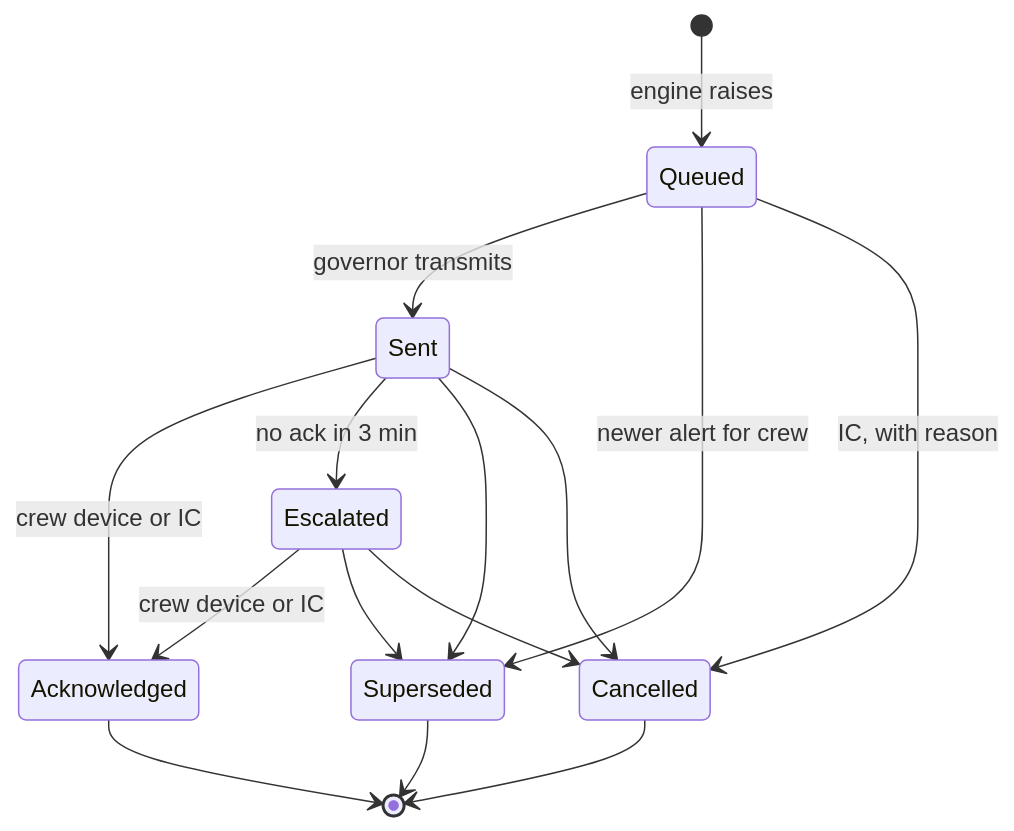
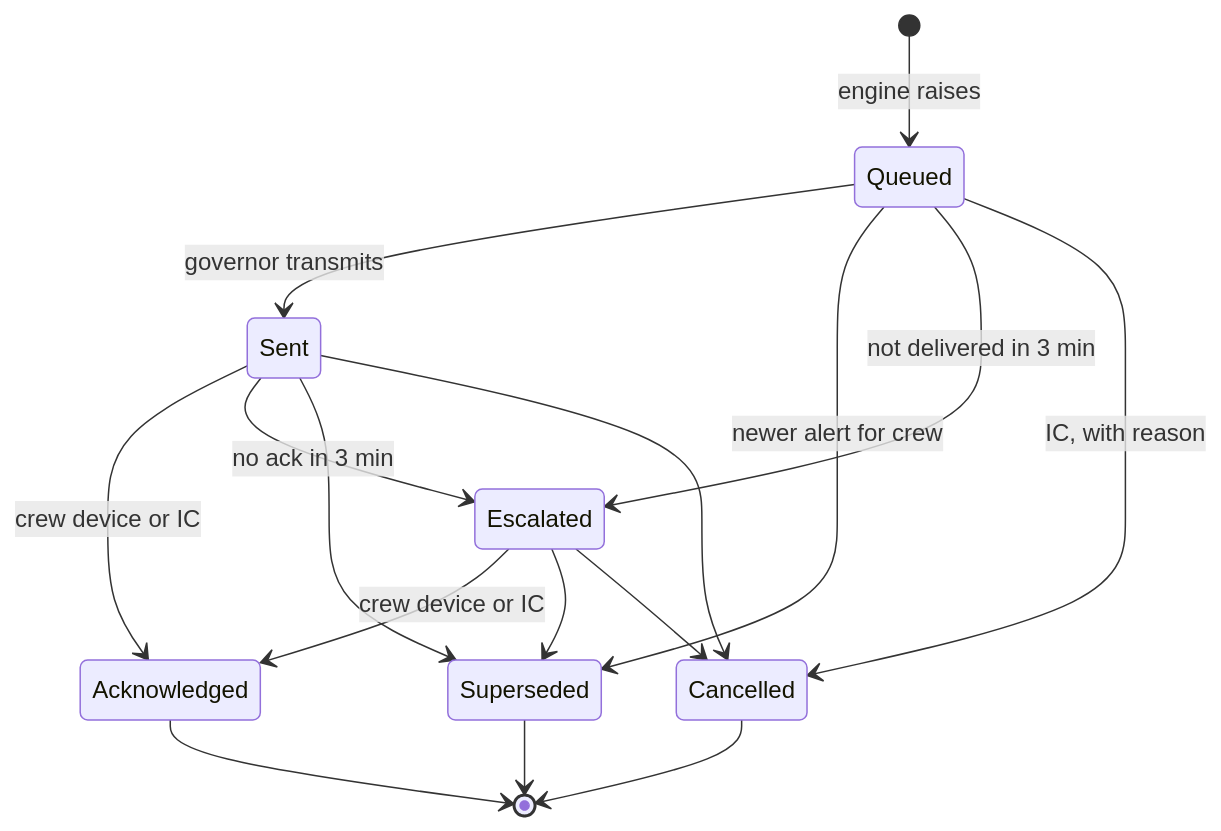
The second of 2 diagrams in README.md (BrandonBodilyDev/lookout), drawn with Mermaid before and after one commit. The commit also changed other lines of this file and 23 other files, not shown here.

````diff
--- a/README.md
+++ b/README.md
@@ -192,17 +196,18 @@
 ```mermaid
 stateDiagram-v2
     [*] --> Queued: engine raises
     Queued --> Sent: governor transmits
     Queued --> Superseded: newer alert for crew
     Sent --> Acknowledged: crew device or IC
     Sent --> Escalated: no ack in 3 min
+    Queued --> Escalated: not delivered in 3 min
     Escalated --> Acknowledged: crew device or IC
     Sent --> Superseded
     Escalated --> Superseded
     Queued --> Cancelled: IC, with reason
     Sent --> Cancelled
     Escalated --> Cancelled
     Acknowledged --> [*]
     Superseded --> [*]
     Cancelled --> [*]
 ```
````
